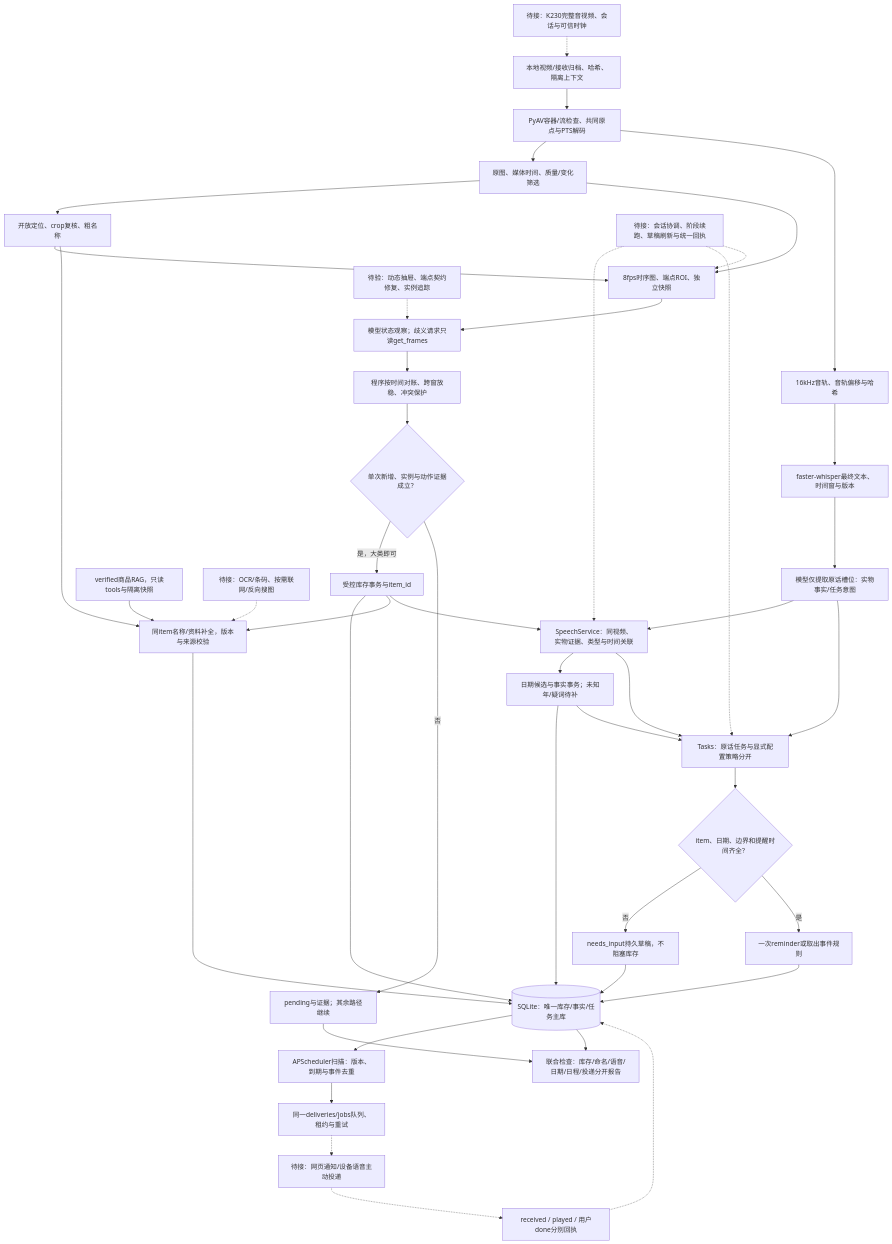
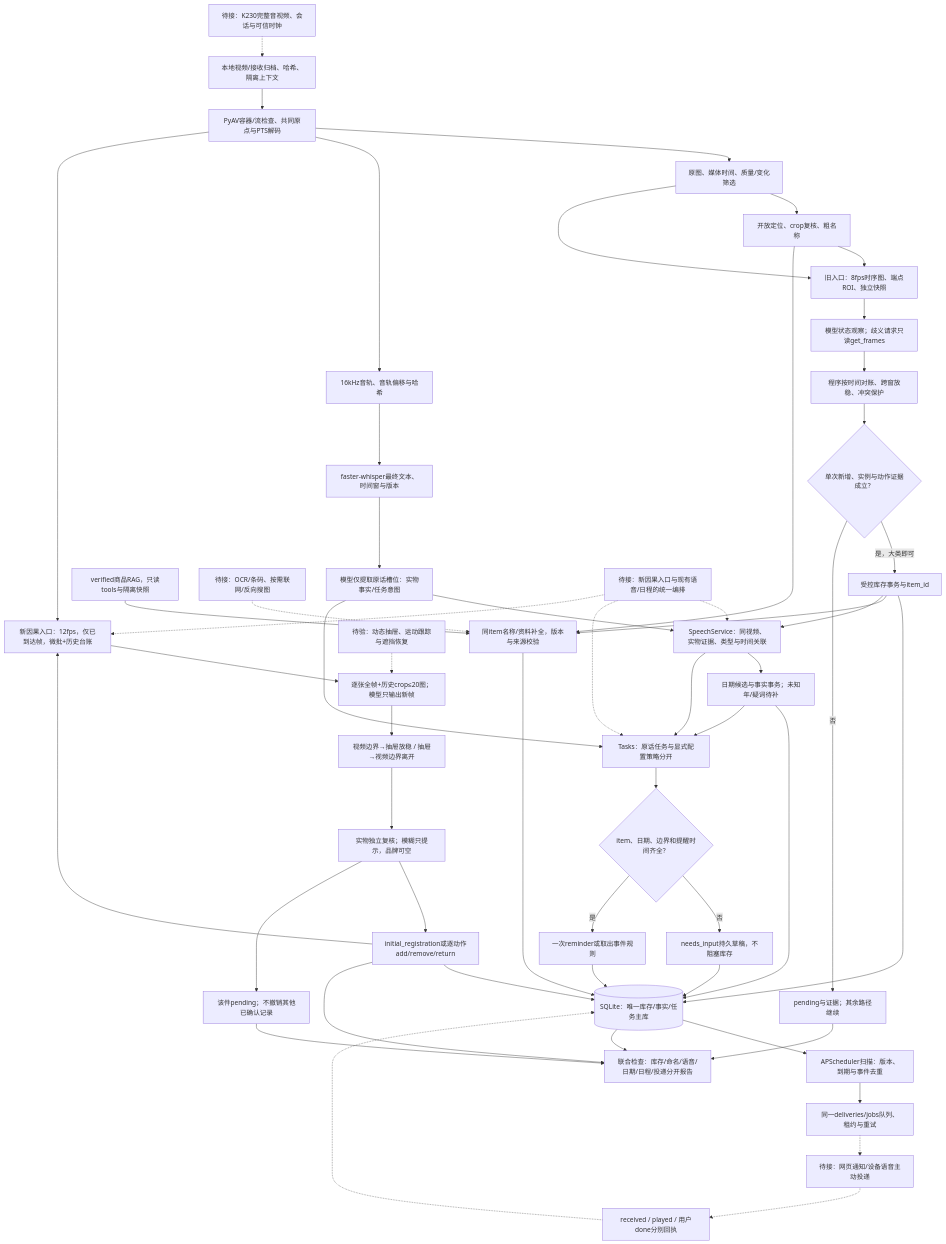
Before and after one commit to ZnAtom/MindBox: the fifth of 5 diagrams in code/doc/processing-flow.md, drawn with Mermaid. The commit also changed other lines of this file and 34 other files, not shown here.

````diff
--- a/code/doc/processing-flow.md
+++ b/code/doc/processing-flow.md
@@ -157,50 +202,61 @@
 ```mermaid
 flowchart TD
     K["待接：K230完整音视频、会话与可信时钟"] -.-> IN["本地视频/接收归档、哈希、隔离上下文"]
     IN --> DEC["PyAV容器/流检查、共同原点与PTS解码"]
     DEC --> FR["原图、媒体时间、质量/变化筛选"]
     DEC --> AU["16kHz音轨、音轨偏移与哈希"]
 
     FR --> OBJ["开放定位、crop复核、粗名称"]
-    FR --> ACT["8fps时序图、端点ROI、独立快照"]
+    FR --> ACT["旧入口：8fps时序图、端点ROI、独立快照"]
     OBJ --> ACT
     ACT --> OBS["模型状态观察；歧义请求只读get_frames"]
     OBS --> VALID["程序按时间对账、跨窗放稳、冲突保护"]
     VALID --> GATE{"单次新增、实例与动作证据成立？"}
     GATE -- "是，大类即可" --> ADD["受控库存事务与item_id"]
     GATE -- "否" --> PEND["pending与证据；其余路径继续"]
     ADD --> DB[("SQLite：唯一库存/事实/任务主库")]
 
+    DEC --> CA["新因果入口：12fps，仅已到达帧，微批+历史台账"]
+    CA --> CM["逐张全帧+历史crop≤20图；模型只输出新帧"]
+    CM --> CL["视频边界→抽屉放稳 / 抽屉→视频边界离开"]
+    CL --> CQ["实物独立复核；模糊只提示，品牌可空"]
+    CQ --> CC["initial_registration或逐动作add/remove/return"]
+    CC --> DB
+    CC --> CA
+    CQ --> CP["该件pending；不撤销其他已确认记录"]
+
     OBJ --> ENR["同item名称/资料补全，版本与来源校验"]
     ADD --> ENR
     ENR --> DB
     MEM["verified商品RAG，只读tools与隔离快照"] --> ENR
     WEB["待接：OCR/条码、按需联网/反向搜图"] -.-> ENR
-    TRACK["待验：动态抽屉、端点契约修复、实例追踪"] -.-> OBS
+    TRACK["待验：动态抽屉、运动跟踪与遮挡恢复"] -.-> CM
 
     AU --> ASR["faster-whisper最终文本、时间窗与版本"]
     ASR --> SLOT["模型仅提取原话槽位：实物事实/任务意图"]
     SLOT --> LINK["SpeechService：同视频、实物证据、类型与时间关联"]
     ADD --> LINK
     LINK --> FACT["日期候选与事实事务；未知年/疑词待补"]
     FACT --> DB
     SLOT --> TASK["Tasks：原话任务与显式配置策略分开"]
     LINK --> TASK
     FACT --> TASK
     TASK --> READY{"item、日期、边界和提醒时间齐全？"}
     READY -- "否" --> DRAFT["needs_input持久草稿，不阻塞库存"]
     READY -- "是" --> REM["一次reminder或取出事件规则"]
     REM --> DB
     DRAFT --> DB
 
     DB --> SCH["APScheduler扫描：版本、到期与事件去重"]
     SCH --> QUEUE["同一deliveries/jobs队列、租约与重试"]
     QUEUE -.-> DELIVERY["待接：网页通知/设备语音主动投递"]
     DELIVERY -.-> ACK["received / played / 用户done分别回执"]
     ACK -.-> DB
-    SESSION["待接：会话协调、阶段续跑、草稿刷新与统一回执"] -.-> LINK
+    SESSION["待接：新因果入口与现有语音/日程的统一编排"] -.-> LINK
     SESSION -.-> TASK
-    SESSION -.-> ACT
+    SESSION -.-> CA
     DB --> REPORT["联合检查：库存/命名/语音/日期/日程/投递分开报告"]
     PEND --> REPORT
+    CP --> REPORT
+    CC --> REPORT
 ```
````
